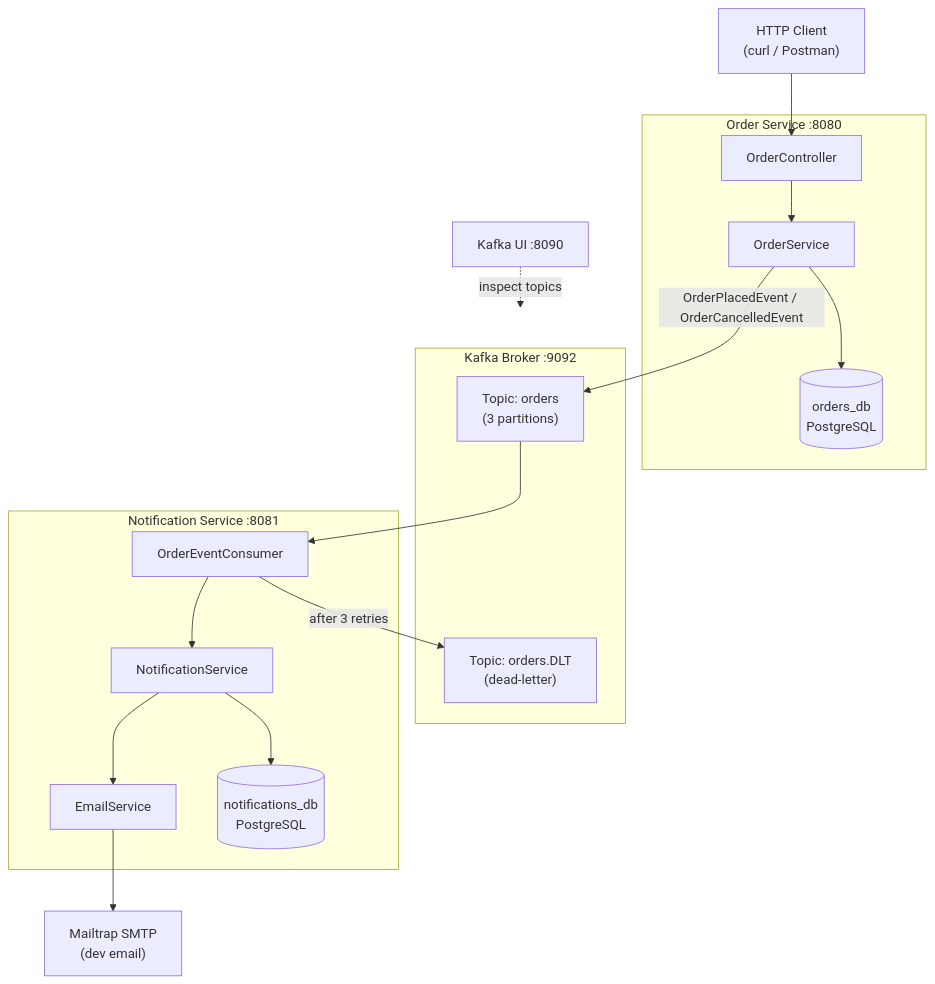
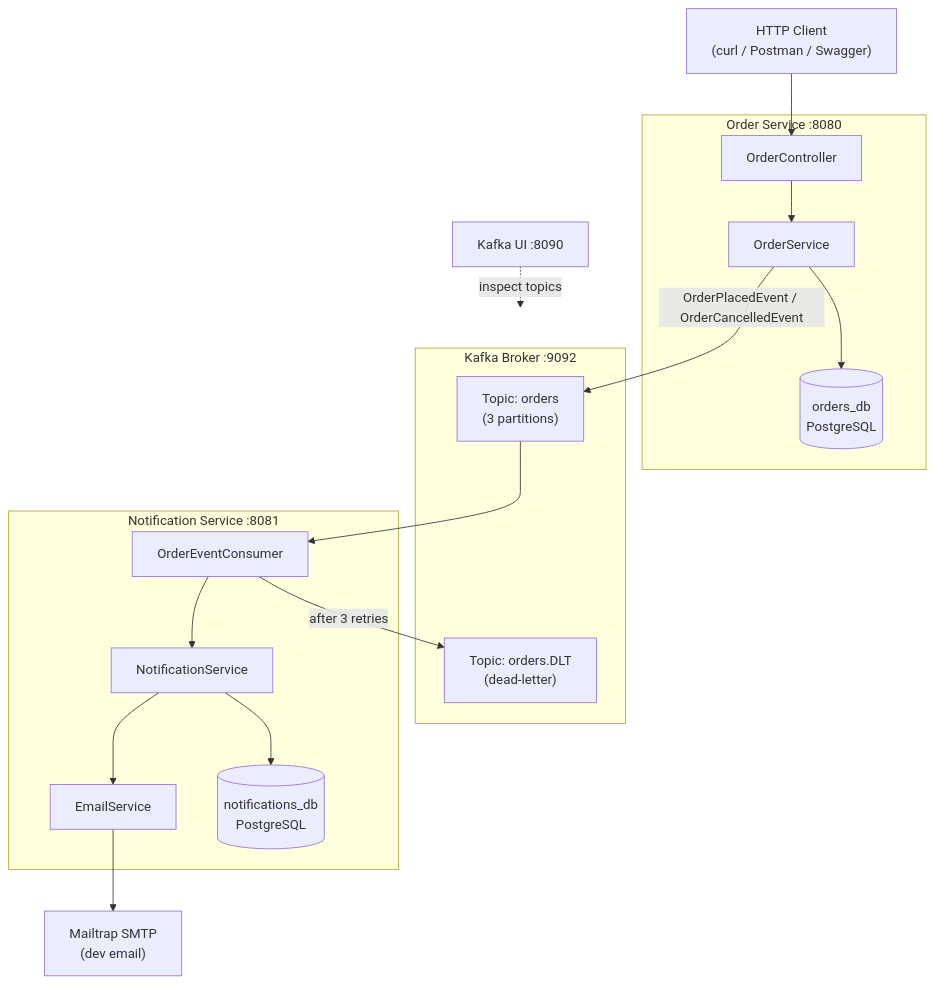
The diagram in README.md (AbaSheger/eventflow), drawn with Mermaid before and after one commit. The commit also changed other lines of this file, not shown here.

````diff
--- a/README.md
+++ b/README.md
@@ -9,37 +9,37 @@
 ```mermaid
 graph TD
-    Client["HTTP Client<br/>(curl / Postman)"]
+    Client["HTTP Client<br/>(curl / Postman / Swagger)"]
 
     subgraph order-service ["Order Service :8080"]
         OC[OrderController]
         OS[OrderService]
         OR[(orders_db<br/>PostgreSQL)]
     end
 
     subgraph kafka ["Kafka Broker :9092"]
         T["Topic: orders<br/>(3 partitions)"]
         DLT["Topic: orders.DLT<br/>(dead-letter)"]
     end
 
     subgraph notification-service ["Notification Service :8081"]
         NC[OrderEventConsumer]
         NS[NotificationService]
         ES[EmailService]
         NR[(notifications_db<br/>PostgreSQL)]
     end
 
     SMTP["Mailtrap SMTP<br/>(dev email)"]
     KUI["Kafka UI :8090"]
 
     Client --> OC
     OC --> OS
     OS --> OR
     OS -->|"OrderPlacedEvent / OrderCancelledEvent"| T
     T --> NC
     NC --> NS
     NS --> ES
     ES --> SMTP
     NS --> NR
     NC -->|"after 3 retries"| DLT
     KUI -.->|"inspect topics"| kafka
 ```
````
